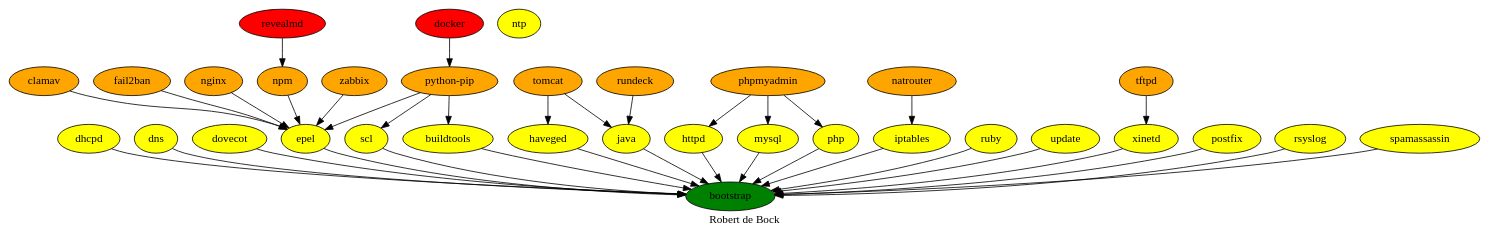
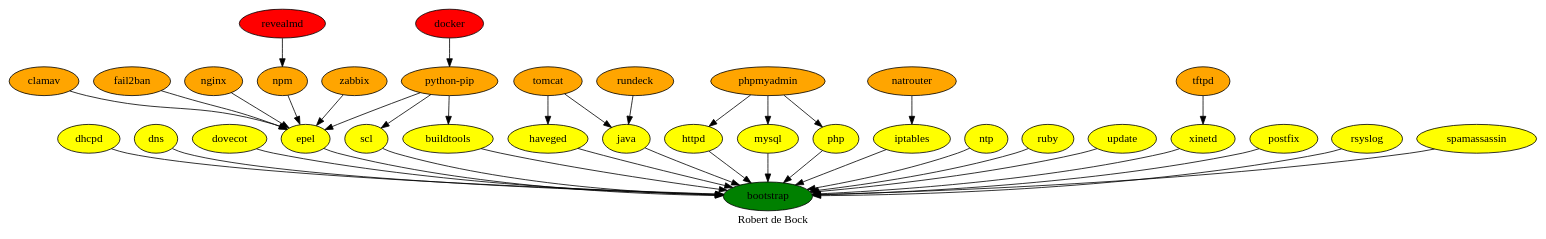
One commit to robertdebock/robertdebock.github.io changed the diagram in dependencies.dot. Above: the diagram before and after it, drawn with Graphviz.

Commit message:
Update dependencies.dot
Relating ntp to bootstrap.

```diff
--- a/dependencies.dot
+++ b/dependencies.dot
@@ -1,49 +1,49 @@
 digraph PhiloDilemma {
   label = "Robert de Bock" ;
   overlap=false
   {
     bootstrap [fillcolor=green style=filled]
     clamav [fillcolor=orange style=filled]
     dhcpd [fillcolor=yellow style=filled]
     dns [fillcolor=yellow style=filled]
     dovecot [fillcolor=yellow style=filled]
     epel [fillcolor=yellow style=filled]
     fail2ban [fillcolor=orange style=filled]
     haveged [fillcolor=yellow style=filled]
     httpd [fillcolor=yellow style=filled]
     iptables [fillcolor=yellow style=filled]
     java [fillcolor=yellow style=filled]
     ntp [fillcolor=yellow style=filled]
     ruby [fillcolor=yellow style=filled]
     scl [fillcolor=yellow style=filled]
     update [fillcolor=yellow style=filled]
     xinetd [fillcolor=yellow style=filled]
     buildtools [fillcolor=yellow style=filled]
     nginx [fillcolor=orange style=filled]
     "python-pip" [fillcolor=orange style=filled]
     postfix [fillcolor=yellow style=filled]
     rsyslog [fillcolor=yellow style=filled]
     spamassassin [fillcolor=yellow style=filled]
     docker [fillcolor=red style=filled]
     mysql [fillcolor=yellow style=filled]
     npm [fillcolor=orange style=filled]
     natrouter [fillcolor=orange style=filled]
     php [fillcolor=yellow style=filled]
     phpmyadmin [fillcolor=orange style=filled]
     revealmd [fillcolor=red style=filled]
     rundeck [fillcolor=orange style=filled]
     tftpd [fillcolor=orange style=filled]
     tomcat [fillcolor=orange style=filled]
     zabbix [fillcolor=orange style=filled]
   }
-  {"buildtools" "dhcpd" "dns" "dovecot" "epel" "haveged" "httpd" "iptables" "java" "mysql" "php" "postfix" "rsyslog" "ruby" "scl" "spamassassin" "update" "xinetd"} -> bootstrap
+  {"buildtools" "dhcpd" "dns" "dovecot" "epel" "haveged" "httpd" "iptables" "java" "mysql" "ntp" "php" "postfix" "rsyslog" "ruby" "scl" "spamassassin" "update" "xinetd"} -> bootstrap
   {"clamav" "fail2ban" "nginx" "npm" "python-pip" "zabbix"} -> "epel"
   {"docker"} -> "python-pip"
   "revealmd" -> "npm"
   "natrouter" -> "iptables"
   "tftpd" -> "xinetd" 
   "phpmyadmin" -> {"php" "httpd" "mysql"}
   "python-pip" -> {"buildtools" "scl"}
   {"rundeck" "tomcat"} -> java
   {"tomcat"} -> haveged
 }
```
